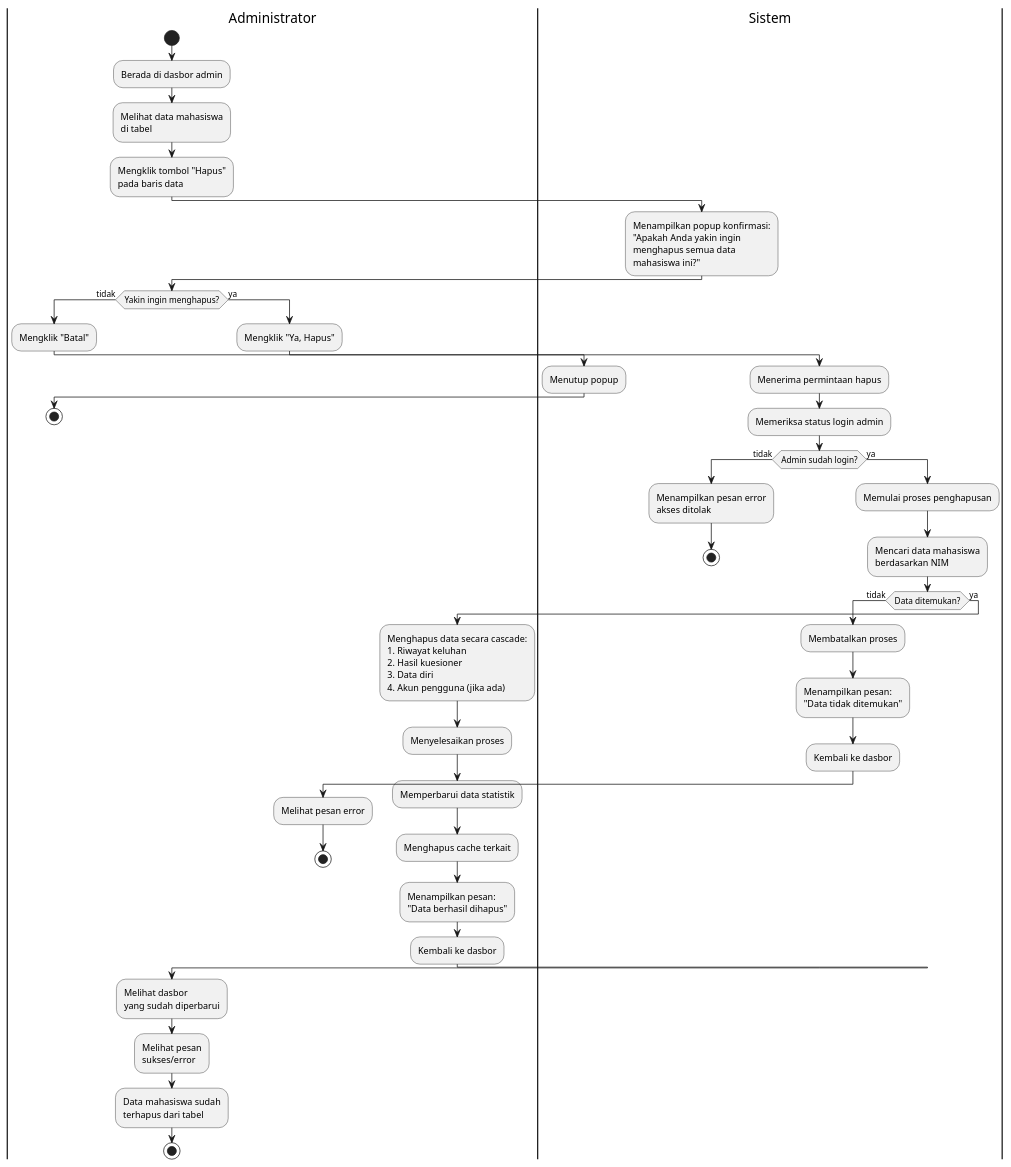
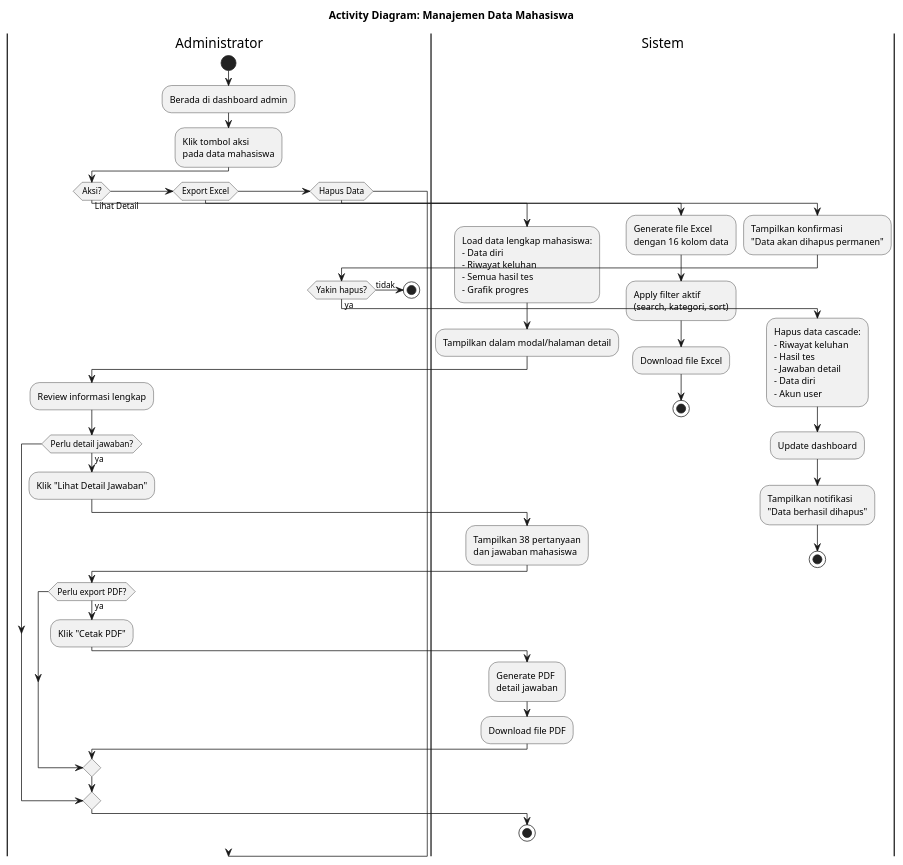
Before and after one commit to FathurrahmanAlHafid121140088/AsessmentOnlineITERA: the eighth of 8 diagrams in documentation/01-backend/MENTAL_HEALTH_DIAGRAMS.md, drawn with PlantUML. The commit also changed other lines of this file and 32 other files, not shown here.

````diff
--- a/documentation/01-backend/MENTAL_HEALTH_DIAGRAMS.md
+++ b/documentation/01-backend/MENTAL_HEALTH_DIAGRAMS.md
@@ -1236,73 +520,76 @@
 ```plantuml
 @startuml
+title Activity Diagram: Manajemen Data Mahasiswa
+
 |Administrator|
 start
-:Berada di dasbor admin;
 
-:Melihat data mahasiswa\ndi tabel;
+:Berada di dashboard admin;
+:Klik tombol aksi\npada data mahasiswa;
 
-:Mengklik tombol "Hapus"\npada baris data;
+if (Aksi?) then (Lihat Detail)
+  |Sistem|
+  :Load data lengkap mahasiswa:
+  - Data diri
+  - Riwayat keluhan
+  - Semua hasil tes
+  - Grafik progres;
 
-|Sistem|
-:Menampilkan popup konfirmasi:\n"Apakah Anda yakin ingin\nmenghapus semua data\nmahasiswa ini?";
+  :Tampilkan dalam modal/halaman detail;
 
-|Administrator|
-if (Yakin ingin menghapus?) then (tidak)
-  :Mengklik "Batal";
+  |Administrator|
+  :Review informasi lengkap;
+
+  if (Perlu detail jawaban?) then (ya)
+    :Klik "Lihat Detail Jawaban";
+
+    |Sistem|
+    :Tampilkan 38 pertanyaan\ndan jawaban mahasiswa;
+
+    |Administrator|
+    if (Perlu export PDF?) then (ya)
+      :Klik "Cetak PDF";
+      |Sistem|
+      :Generate PDF\ndetail jawaban;
+      :Download file PDF;
+    endif
+  endif
+
+  stop
+
+elseif (Export Excel)
   |Sistem|
-  :Menutup popup;
+  :Generate file Excel\ndengan 16 kolom data;
+
+  :Apply filter aktif\n(search, kategori, sort);
+
+  :Download file Excel;
+
+  stop
+
+elseif (Hapus Data)
+  |Sistem|
+  :Tampilkan konfirmasi\n"Data akan dihapus permanen";
+
   |Administrator|
-  stop
-else (ya)
-  :Mengklik "Ya, Hapus";
-
-  |Sistem|
-  :Menerima permintaan hapus;
-
-  :Memeriksa status login admin;
-
-  if (Admin sudah login?) then (tidak)
-    :Menampilkan pesan error\nakses ditolak;
+  if (Yakin hapus?) then (tidak)
     stop
   else (ya)
-    :Memulai proses penghapusan;
+    |Sistem|
+    :Hapus data cascade:
+    - Riwayat keluhan
+    - Hasil tes
+    - Jawaban detail
+    - Data diri
+    - Akun user;
 
-    :Mencari data mahasiswa\nberdasarkan NIM;
+    :Update dashboard;
 
-    if (Data ditemukan?) then (tidak)
-      :Membatalkan proses;
-      :Menampilkan pesan:\n"Data tidak ditemukan";
-      :Kembali ke dasbor;
-      |Administrator|
-      :Melihat pesan error;
-      stop
-    else (ya)
-      :Menghapus data secara cascade:
-      1. Riwayat keluhan
-      2. Hasil kuesioner
-      3. Data diri
-      4. Akun pengguna (jika ada);
+    :Tampilkan notifikasi\n"Data berhasil dihapus";
 
-      :Menyelesaikan proses;
-
-      :Memperbarui data statistik;
-
-      :Menghapus cache terkait;
-
-      :Menampilkan pesan:\n"Data berhasil dihapus";
-
-      :Kembali ke dasbor;
-    endif
+    stop
   endif
 endif
 
-|Administrator|
-:Melihat dasbor\nyang sudah diperbarui;
-
-:Melihat pesan\nsukses/error;
-
-:Data mahasiswa sudah\nterhapus dari tabel;
-
-stop
 @enduml
 ```
````
